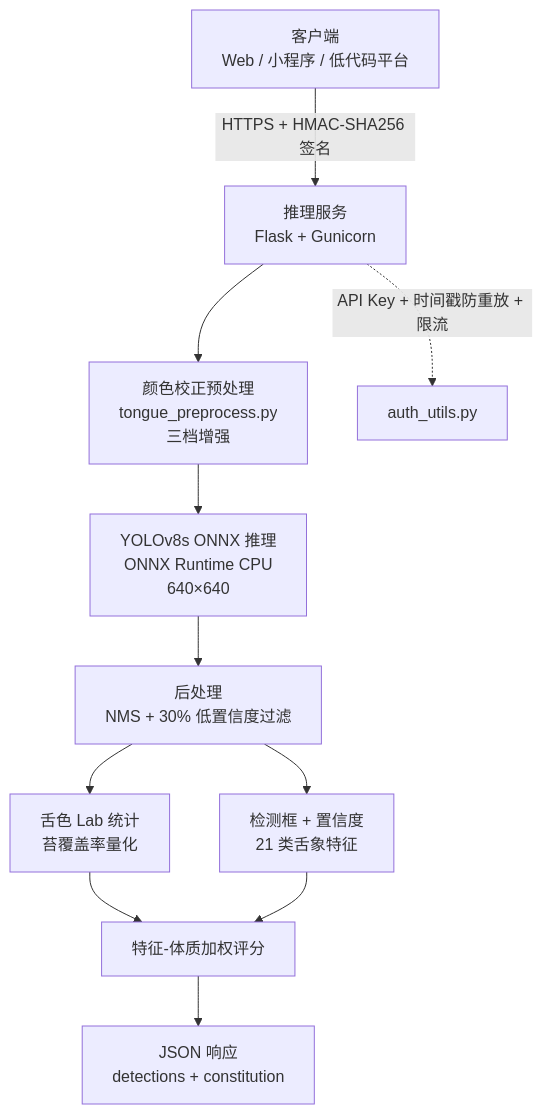
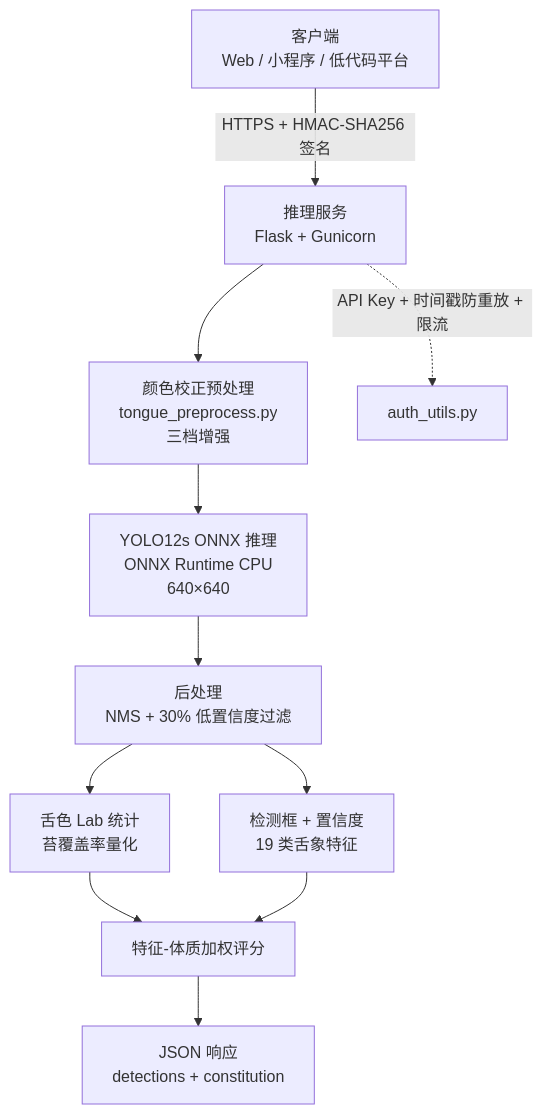
The diagram in README.md (zzqsld/zzqsld-tongue-analysis-api), drawn with Mermaid before and after one commit. The commit also changed other lines of this file and 4 other files, not shown here.

````diff
--- a/README.md
+++ b/README.md
@@ -64,13 +77,13 @@
 ```mermaid
 flowchart TD
     A[客户端<br/>Web / 小程序 / 低代码平台] -->|HTTPS + HMAC-SHA256 签名| B[推理服务<br/>Flask + Gunicorn]
     B --> C[颜色校正预处理<br/>tongue_preprocess.py<br/>三档增强]
-    C --> D[YOLOv8s ONNX 推理<br/>ONNX Runtime CPU<br/>640×640]
+    C --> D[YOLO12s ONNX 推理<br/>ONNX Runtime CPU<br/>640×640]
     D --> E[后处理<br/>NMS + 30% 低置信度过滤]
     E --> F[舌色 Lab 统计<br/>苔覆盖率量化]
-    E --> G[检测框 + 置信度<br/>21 类舌象特征]
+    E --> G[检测框 + 置信度<br/>19 类舌象特征]
     F --> H[特征-体质加权评分]
     G --> H
     H --> I[JSON 响应<br/>detections + constitution]
     B -.->|API Key + 时间戳防重放 + 限流| J[auth_utils.py]
 ```
````
